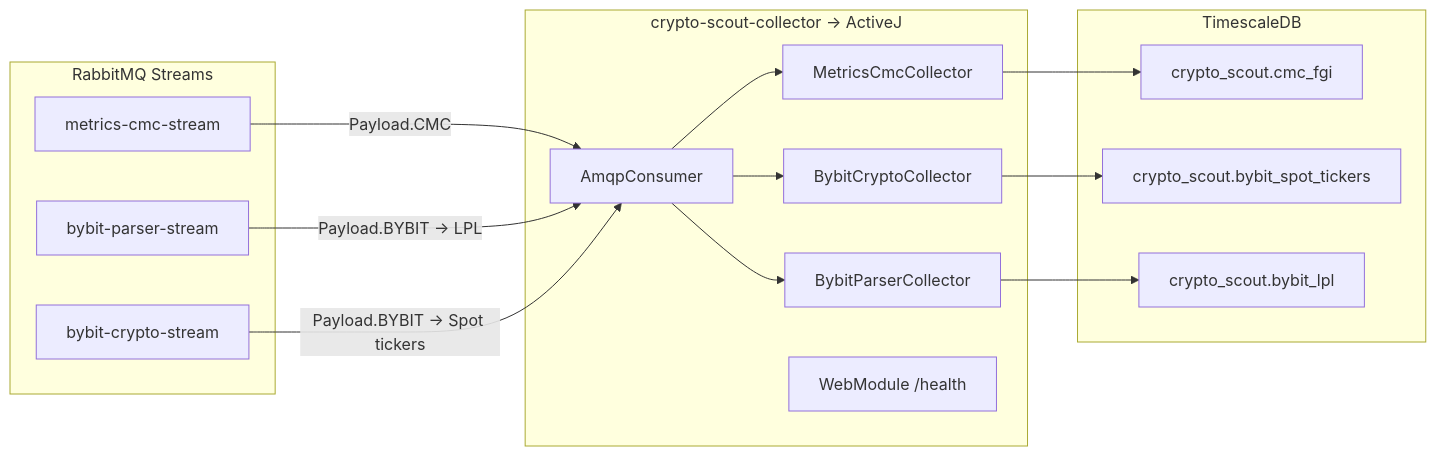
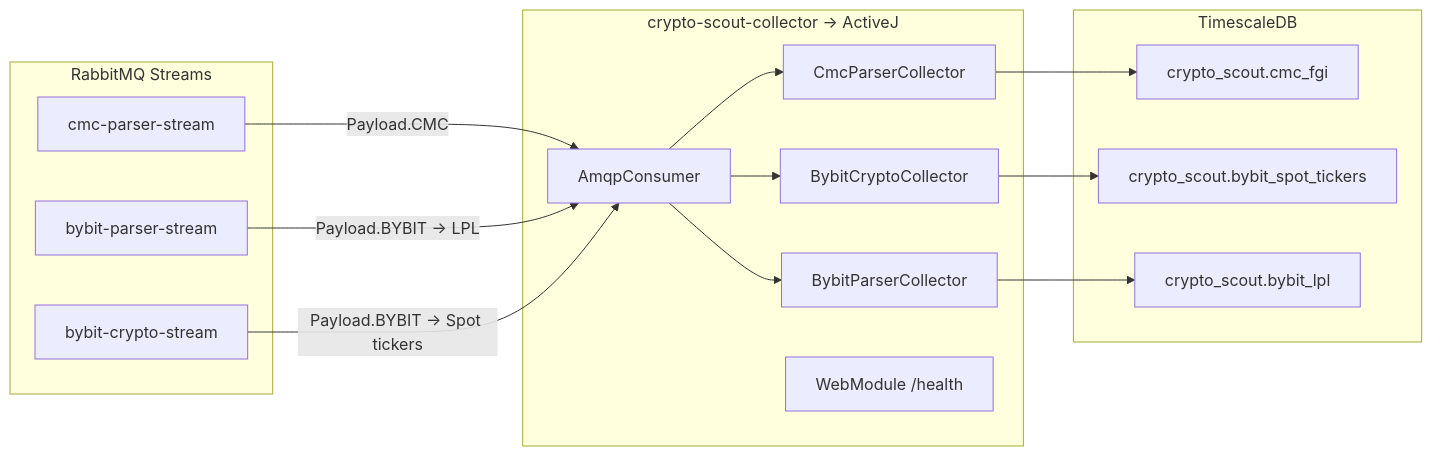
Before and after one commit to akarazhev/crypto-scout-collector: the diagram in README.md, drawn with Mermaid. The commit also changed other lines of this file and 11 other files, not shown here.

Commit message:
Renamed MetricsCmcCollector->CmcParserCollector, MetricsCmcRepository->CmcParserRepository.

````diff
--- a/README.md
+++ b/README.md
@@ -21,26 +21,26 @@
 ```mermaid
 flowchart LR
     subgraph RabbitMQ[ RabbitMQ Streams ]
-        S1[metrics-cmc-stream]
+        S1[cmc-parser-stream]
         S2[bybit-parser-stream]
         S3[bybit-crypto-stream]
     end
 
     subgraph App[crypto-scout-collector -> ActiveJ]
         A1[AmqpConsumer]
-        A2[MetricsCmcCollector]
+        A2[CmcParserCollector]
         A3[BybitParserCollector]
         A4[BybitCryptoCollector]
         W[WebModule /health]
     end
 
     subgraph DB[TimescaleDB]
         T1[crypto_scout.cmc_fgi]
         T2[crypto_scout.bybit_spot_tickers]
         T3[crypto_scout.bybit_lpl]
     end
 
     S1 -->|Payload.CMC| A1 --> A2 --> T1
     S2 -->|Payload.BYBIT -> LPL| A1 --> A3 --> T3
     S3 -->|Payload.BYBIT -> Spot tickers| A1 --> A4 --> T2
 ```
````
